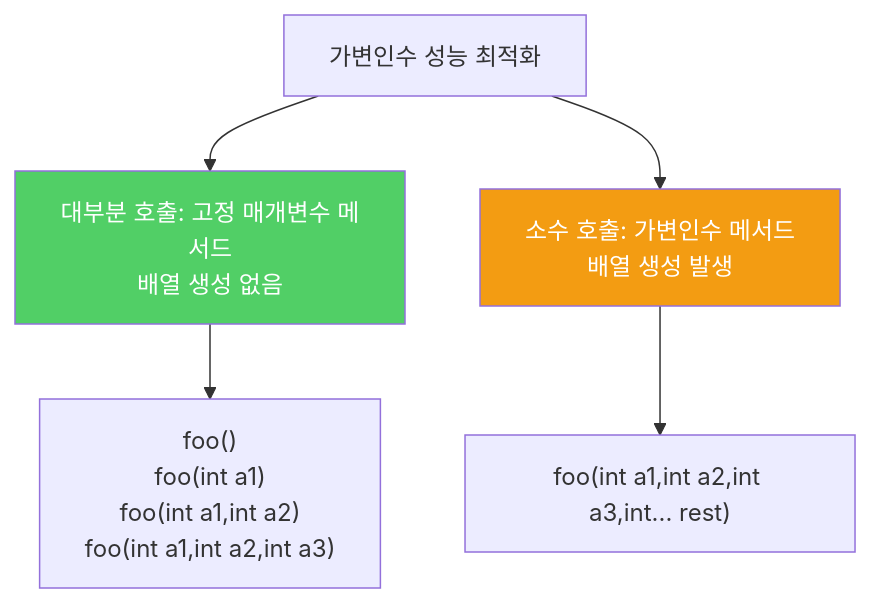
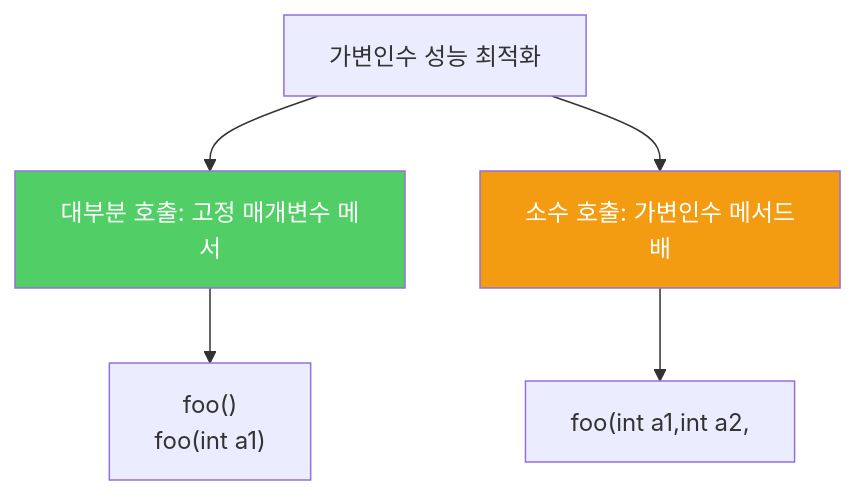
Before and after one commit to yjkim2015/yjkim2015.github.io: the diagram in _posts/java/2022-02-08-effective-java53.md, drawn with Mermaid. The commit also changed 271 other files, not shown here.

First line of the commit message:
Mermaid 라벨 축소: 긴 노드 텍스트 18자 이하로 트림 + \n 제거

````diff
--- a/_posts/java/2022-02-08-effective-java53.md
+++ b/_posts/java/2022-02-08-effective-java53.md
@@ -78,9 +78,9 @@
 ```mermaid
 graph TD
-    A["가변인수 성능 최적화"] --> B["대부분 호출: 고정 매개변수 메서드\n배열 생성 없음"]
-    A --> C["소수 호출: 가변인수 메서드\n배열 생성 발생"]
-    B --> D["foo()\nfoo(int a1)\nfoo(int a1,int a2)\nfoo(int a1,int a2,int a3)"]
-    C --> E["foo(int a1,int a2,int a3,int... rest)"]
+    A["가변인수 성능 최적화"] --> B["대부분 호출: 고정 매개변수 메서"]
+    A --> C["소수 호출: 가변인수 메서드\n배"]
+    B --> D["foo()\nfoo(int a1)"]
+    C --> E["foo(int a1,int a2,"]
     style B fill:#51cf66,color:#fff
     style C fill:#f39c12,color:#fff
 ```
````
